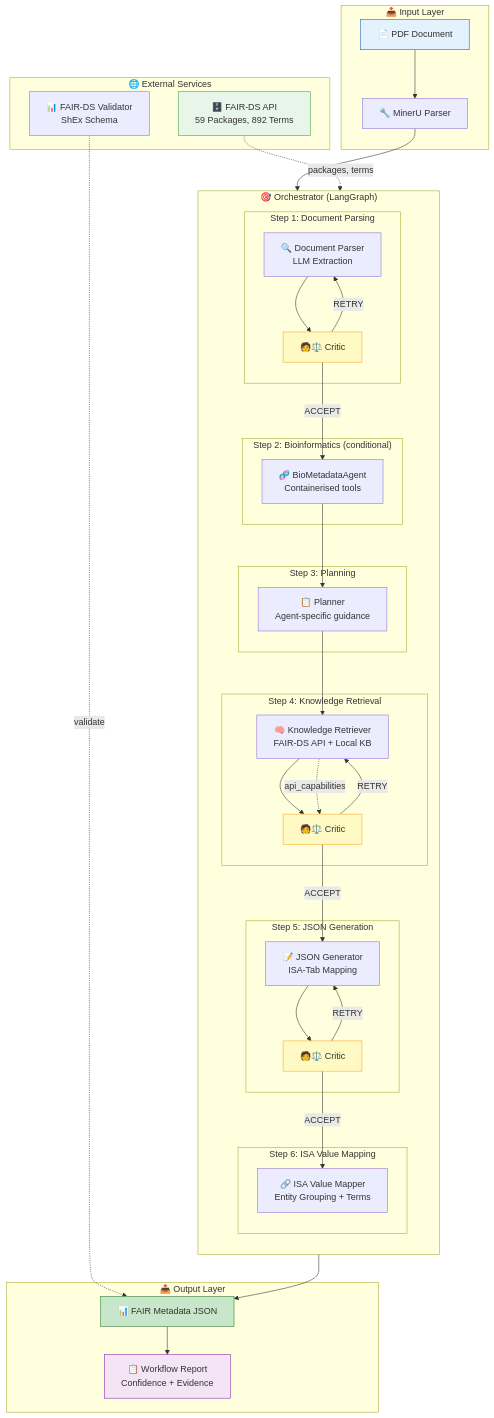
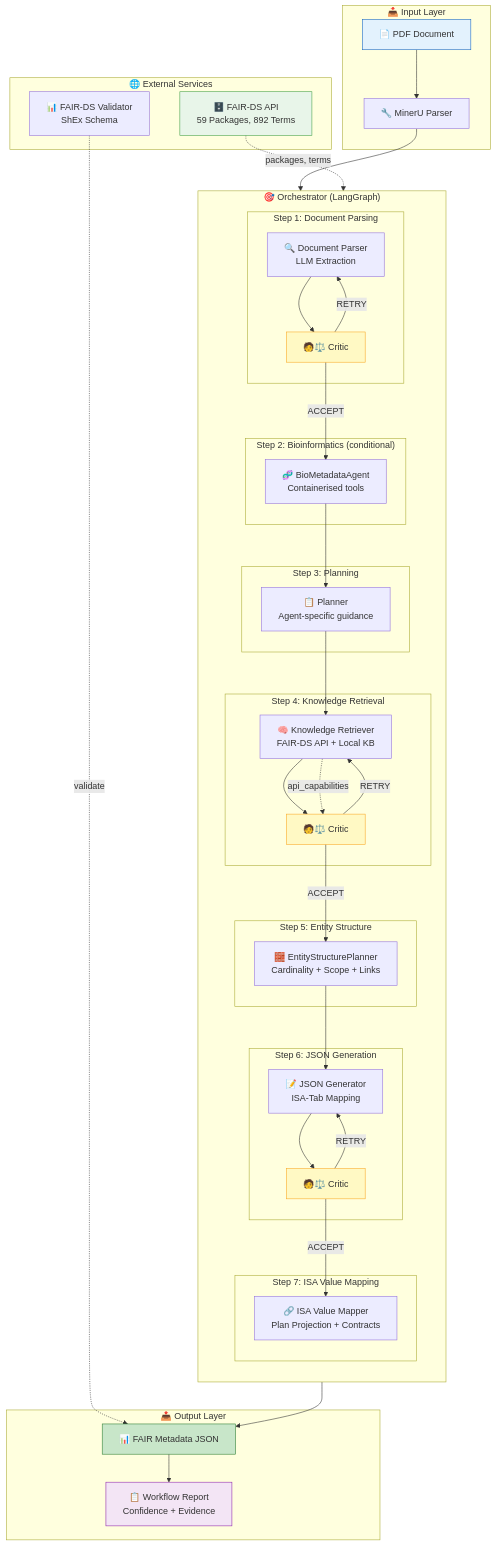
Before and after one commit to ElderMedic/FAIRiAgent: the diagram in docs/en/ARCHITECTURE_AND_FLOW.md, drawn with Mermaid. The commit also changed other lines of this file and 43 other files, not shown here.

First line of the commit message:
feat: plan ISA entity structure before mapping FAIR-DS values

````diff
--- a/docs/en/ARCHITECTURE_AND_FLOW.md
+++ b/docs/en/ARCHITECTURE_AND_FLOW.md
@@ -11,75 +11,80 @@
 ```mermaid
 flowchart TD
     subgraph INPUT["📥 Input Layer"]
         A[📄 PDF Document]
         M[🔧 MinerU Parser]
         A --> M
     end
 
     subgraph ORCHESTRATOR["🎯 Orchestrator (LangGraph)"]
         direction TB
 
         subgraph PARSE["Step 1: Document Parsing"]
             B[🔍 Document Parser<br/>LLM Extraction]
             C1[🧑⚖️ Critic]
             B --> C1
         end
 
         subgraph BIO["Step 2: Bioinformatics (conditional)"]
             G[🧬 BioMetadataAgent<br/>Containerised tools]
         end
 
         subgraph PLAN["Step 3: Planning"]
             D[📋 Planner<br/>Agent-specific guidance]
         end
 
         subgraph RETRIEVE["Step 4: Knowledge Retrieval"]
             E[🧠 Knowledge Retriever<br/>FAIR-DS API + Local KB]
             C2[🧑⚖️ Critic]
             E --> C2
         end
 
-        subgraph GENERATE["Step 5: JSON Generation"]
+        subgraph ENTITY["Step 5: Entity Structure"]
+            E2[🧱 EntityStructurePlanner<br/>Cardinality + Scope + Links]
+        end
+
+        subgraph GENERATE["Step 6: JSON Generation"]
             F[📝 JSON Generator<br/>ISA-Tab Mapping]
             C3[🧑⚖️ Critic]
             F --> C3
         end
 
-        subgraph MAP["Step 6: ISA Value Mapping"]
-            H[🔗 ISA Value Mapper<br/>Entity Grouping + Terms]
+        subgraph MAP["Step 7: ISA Value Mapping"]
+            H[🔗 ISA Value Mapper<br/>Plan Projection + Contracts]
         end
     end
 
     subgraph EXTERNAL["🌐 External Services"]
         API[🗄️ FAIR-DS API<br/>59 Packages, 892 Terms]
         FAIR[📊 FAIR-DS Validator<br/>ShEx Schema]
     end
 
     subgraph OUTPUT["📤 Output Layer"]
         J[📊 FAIR Metadata JSON]
         R[📋 Workflow Report<br/>Confidence + Evidence]
     end
 
     M --> B
     C1 -->|ACCEPT| G
     C1 -->|RETRY| B
     G --> D
     D --> E
     API -.->|packages, terms| E
     E -.->|api_capabilities| C2
-    C2 -->|ACCEPT| F
+    C2 -->|ACCEPT| E2
     C2 -->|RETRY| E
+    E2 --> F
     C3 -->|ACCEPT| H
     C3 -->|RETRY| F
     H --> J
     J --> R
     FAIR -.->|validate| J
 
     style A fill:#e3f2fd,stroke:#1565c0
     style J fill:#c8e6c9,stroke:#2e7d32
     style C1 fill:#fff9c4,stroke:#f9a825
     style C2 fill:#fff9c4,stroke:#f9a825
     style C3 fill:#fff9c4,stroke:#f9a825
     style API fill:#e8f5e9,stroke:#43a047
     style R fill:#f3e5f5,stroke:#8e24aa
 ```
````
